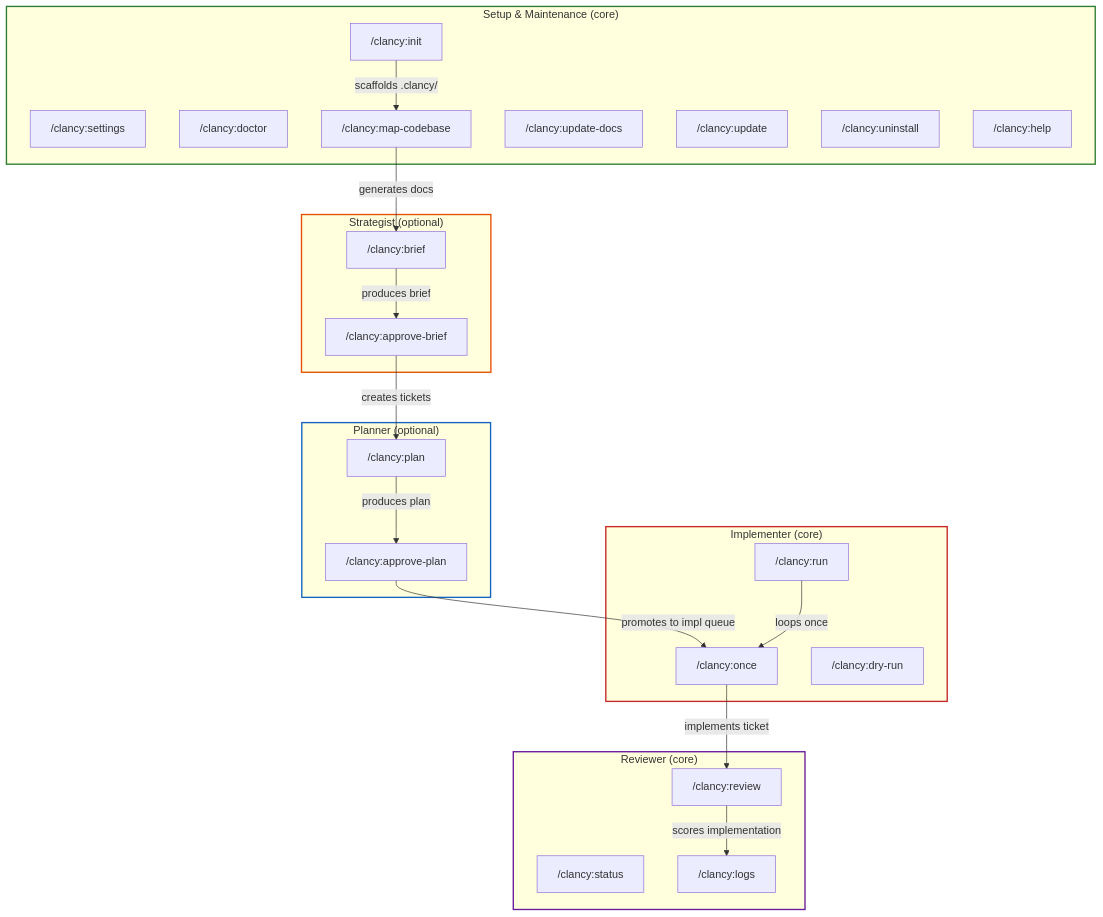
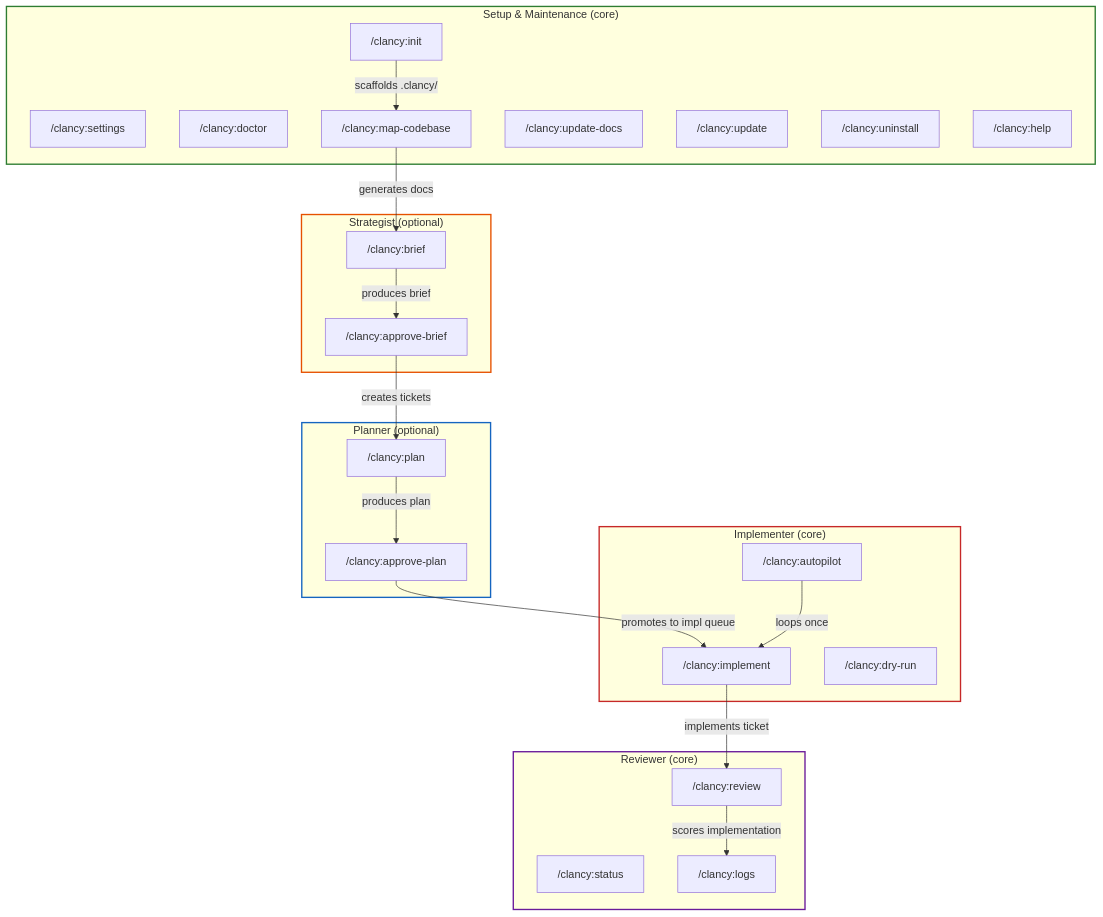
One commit to Pushedskydiver/chief-clancy changed the second of 14 diagrams in docs/VISUAL-ARCHITECTURE.md. Above: the diagram before and after it, drawn with Mermaid. The commit also changed other lines of this file and 35 other files, not shown here.

````diff
--- a/docs/VISUAL-ARCHITECTURE.md
+++ b/docs/VISUAL-ARCHITECTURE.md
@@ -73,51 +73,51 @@
 ```mermaid
 graph TB
     subgraph SETUP["Setup & Maintenance (core)"]
         init["/clancy:init"]
         settings["/clancy:settings"]
         doctor["/clancy:doctor"]
         mapcb["/clancy:map-codebase"]
         updatedocs["/clancy:update-docs"]
         update["/clancy:update"]
         uninstall["/clancy:uninstall"]
         help["/clancy:help"]
     end
 
     subgraph STRATEGIST["Strategist (optional)"]
         brief["/clancy:brief"]
         approvebrief["/clancy:approve-brief"]
     end
 
     subgraph PLANNER["Planner (optional)"]
         plan["/clancy:plan"]
         approveplan["/clancy:approve-plan"]
     end
 
     subgraph IMPLEMENTER["Implementer (core)"]
-        once["/clancy:once"]
-        run["/clancy:run"]
+        once["/clancy:implement"]
+        run["/clancy:autopilot"]
         dryrun["/clancy:dry-run"]
     end
 
     subgraph REVIEWER["Reviewer (core)"]
         review["/clancy:review"]
         status["/clancy:status"]
         logs["/clancy:logs"]
     end
 
     init -->|scaffolds .clancy/| mapcb
     mapcb -->|generates docs| brief
     brief -->|produces brief| approvebrief
     approvebrief -->|creates tickets| plan
     plan -->|produces plan| approveplan
     approveplan -->|promotes to impl queue| once
     once -->|implements ticket| review
     run -->|loops once| once
     review -->|scores implementation| logs
 
     style SETUP stroke:#2e7d32,stroke-width:2px
     style STRATEGIST stroke:#e65100,stroke-width:2px
     style PLANNER stroke:#1565c0,stroke-width:2px
     style IMPLEMENTER stroke:#c62828,stroke-width:2px
     style REVIEWER stroke:#6a1b9a,stroke-width:2px
 ```
````
